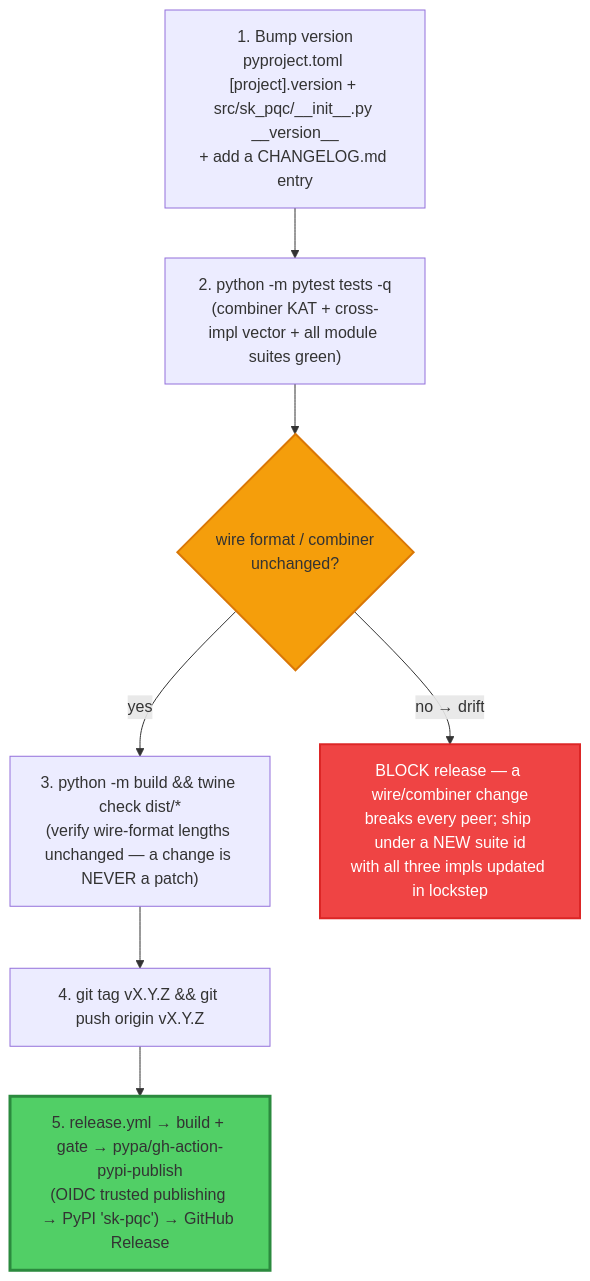
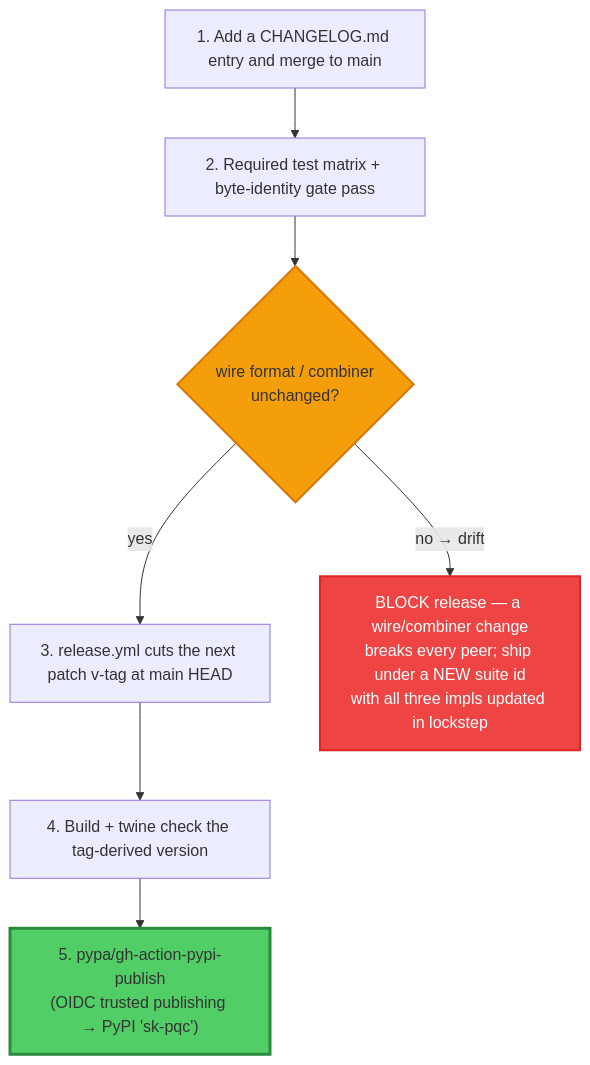
The third of 3 diagrams in SOP.md (smilinTux/sk-pqc-py), drawn with Mermaid before and after one commit. The commit also changed other lines of this file and 4 other files, not shown here.

Commit message:
fix(release): align runtime version and release docs

````diff
--- a/SOP.md
+++ b/SOP.md
@@ -269,18 +270,18 @@
 ```mermaid
 flowchart TD
-    BUMP["1. Bump version<br/>pyproject.toml [project].version + src/sk_pqc/__init__.py __version__<br/>+ add a CHANGELOG.md entry"]
-    TEST["2. python -m pytest tests -q<br/>(combiner KAT + cross-impl vector + all module suites green)"]
-    BUILD["3. python -m build && twine check dist/*<br/>(verify wire-format lengths unchanged — a change is NEVER a patch)"]
-    TAG["4. git tag vX.Y.Z && git push origin vX.Y.Z"]
-    OIDC["5. release.yml → build + gate → pypa/gh-action-pypi-publish<br/>(OIDC trusted publishing → PyPI 'sk-pqc') → GitHub Release"]
+    CHANGE["1. Add a CHANGELOG.md entry and merge to main"]
+    TEST["2. Required test matrix + byte-identity gate pass"]
+    TAG["3. release.yml cuts the next patch v-tag at main HEAD"]
+    BUILD["4. Build + twine check the tag-derived version"]
+    OIDC["5. pypa/gh-action-pypi-publish<br/>(OIDC trusted publishing → PyPI 'sk-pqc')"]
 
     GATE{"wire format / combiner<br/>unchanged?"}
 
-    BUMP --> TEST --> GATE
-    GATE -->|"yes"| BUILD --> TAG --> OIDC
+    CHANGE --> TEST --> GATE
+    GATE -->|"yes"| TAG --> BUILD --> OIDC
     GATE -->|"no → drift"| STOP["BLOCK release — a wire/combiner change<br/>breaks every peer; ship under a NEW suite id<br/>with all three impls updated in lockstep"]
 
     style OIDC fill:#51cf66,stroke:#2b8a3e,stroke-width:3px
     style GATE fill:#f59e0b,stroke:#d97706,stroke-width:2px
     style STOP fill:#ef4444,stroke:#dc2626,stroke-width:2px,color:#fff
 ```
````
